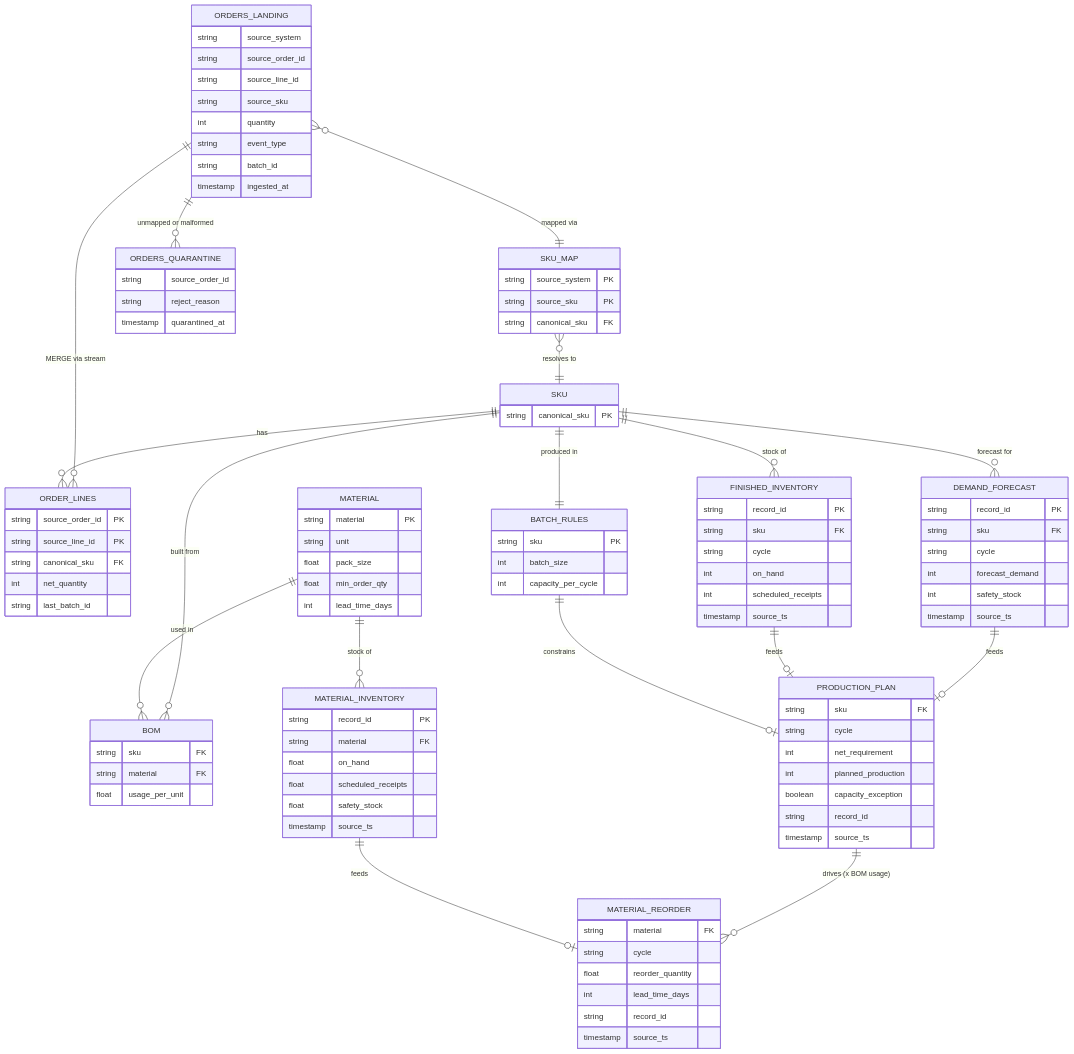
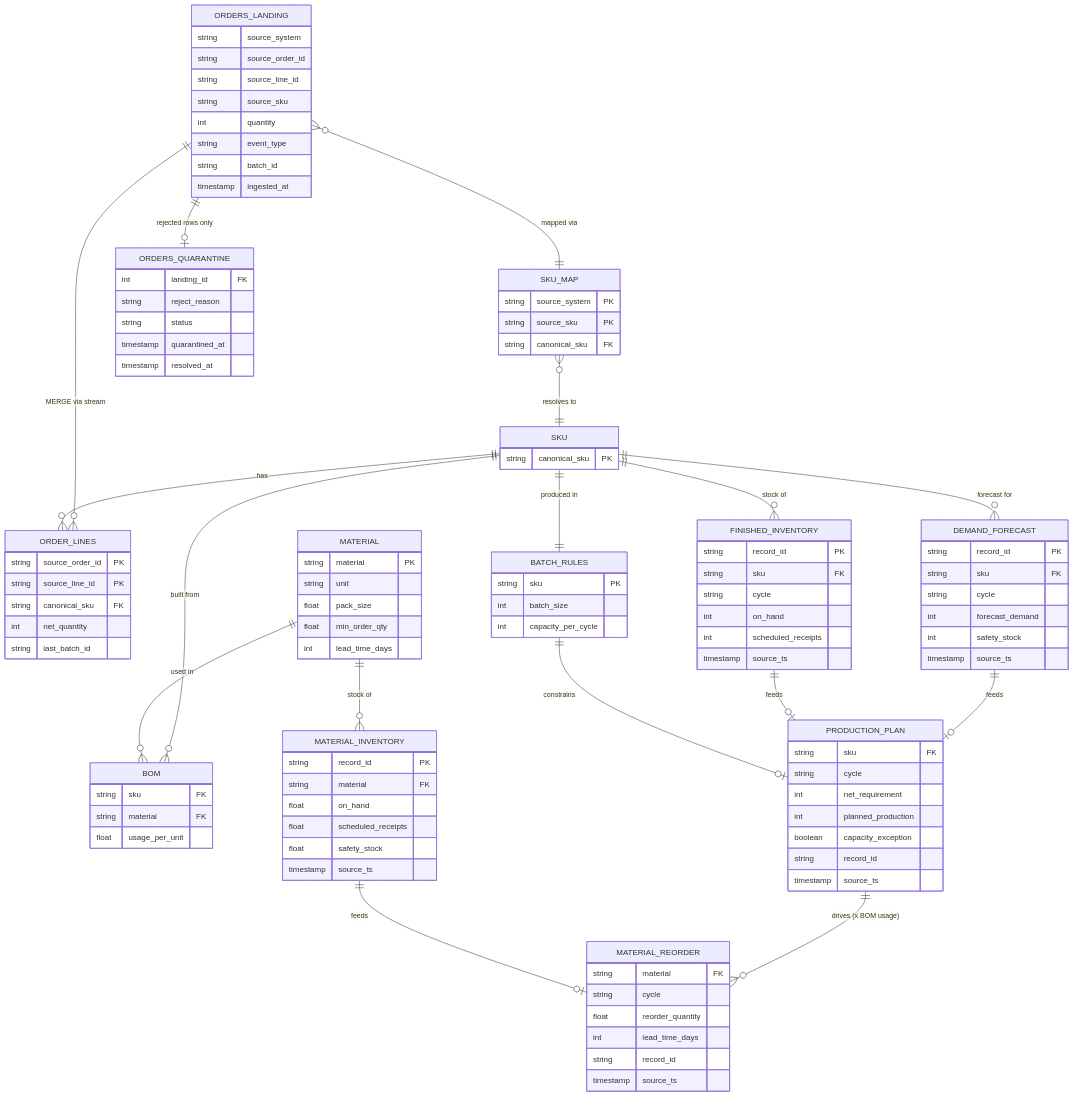
Before and after one commit to rameenft/ai-operations-assistant: the third of 3 diagrams in docs/architecture.md, drawn with Mermaid. The commit also changed other lines of this file and 7 other files, not shown here.

First line of the commit message:
Add quarantine-based error handling and compact the architecture diagram

```diff
--- a/docs/architecture.md
+++ b/docs/architecture.md
@@ -153,9 +148,11 @@
         timestamp ingested_at
     }
     ORDERS_QUARANTINE {
-        string source_order_id
+        int landing_id FK
         string reject_reason
+        string status
         timestamp quarantined_at
+        timestamp resolved_at
     }
     ORDER_LINES {
         string source_order_id PK
@@ -226,7 +223,7 @@
         timestamp source_ts
     }
 
-    ORDERS_LANDING ||--o{ ORDERS_QUARANTINE : "unmapped or malformed"
+    ORDERS_LANDING ||--o| ORDERS_QUARANTINE : "rejected rows only"
     ORDERS_LANDING }o--|| SKU_MAP : "mapped via"
     SKU_MAP }o--|| SKU : "resolves to"
     ORDERS_LANDING ||--o{ ORDER_LINES : "MERGE via stream"
```
